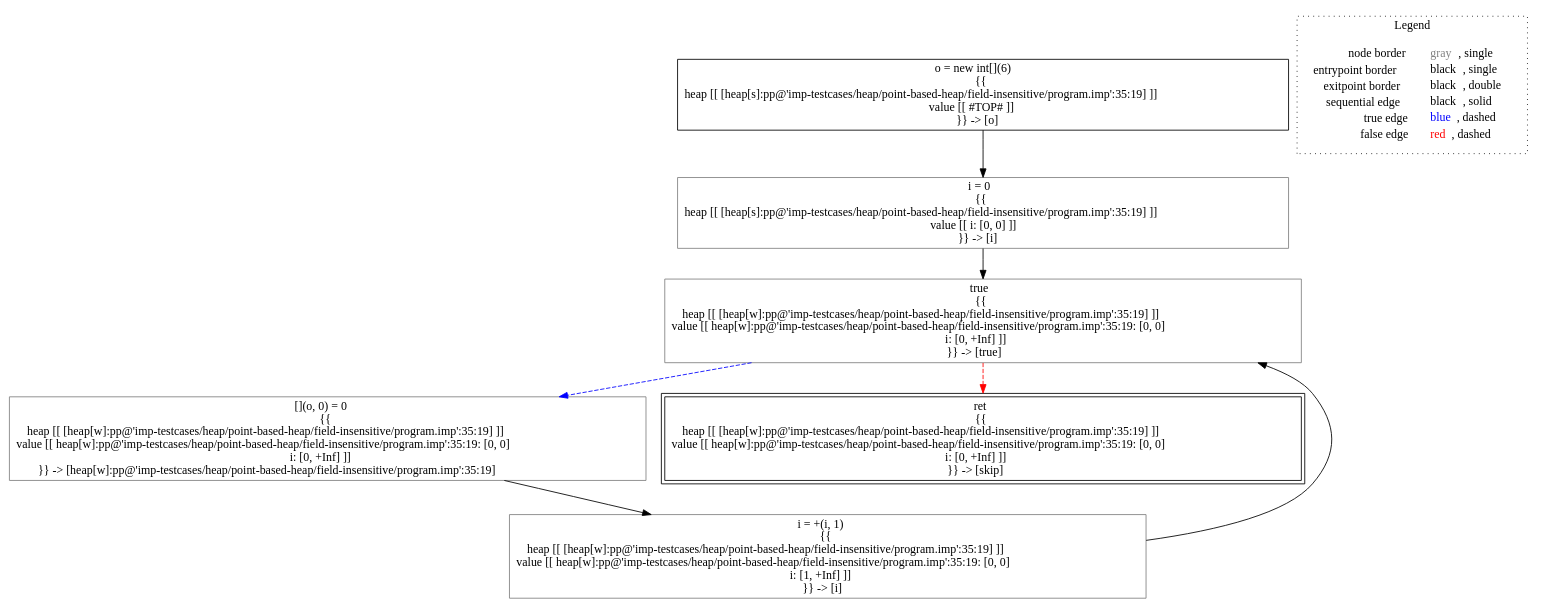
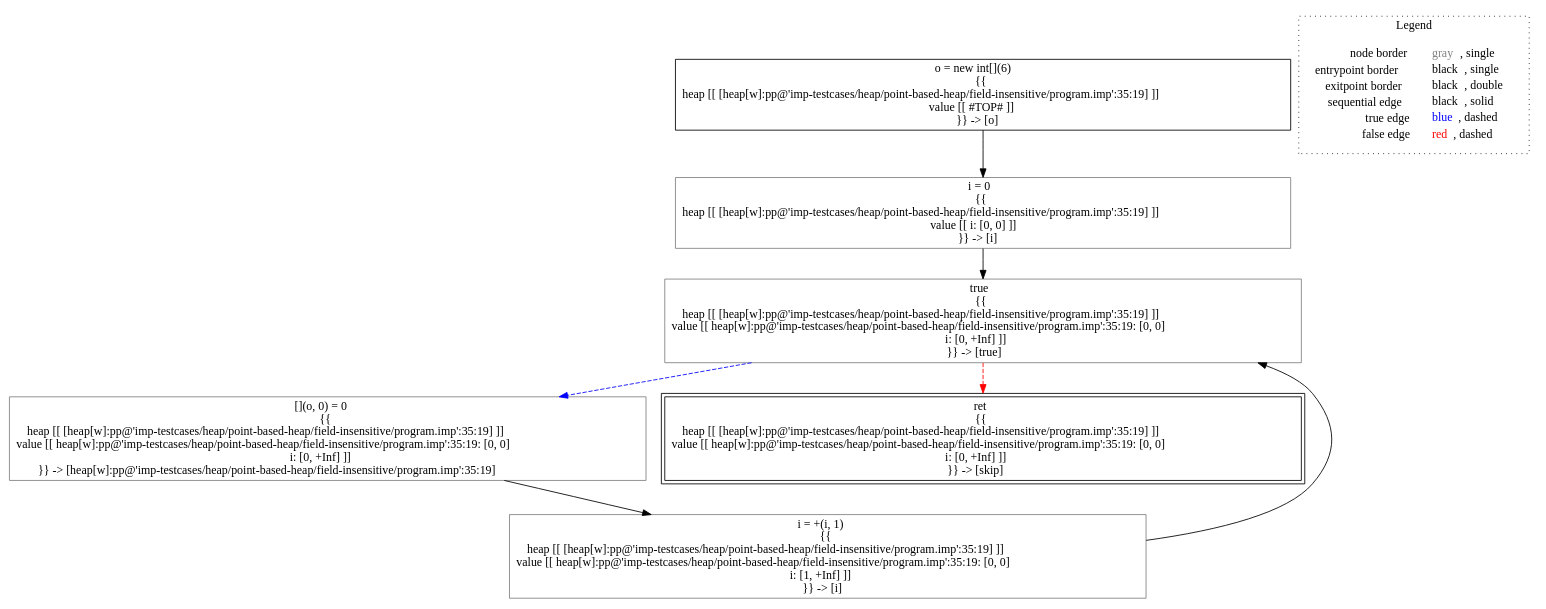
Before and after one commit to lisa-analyzer/lisa: the diagram in lisa/imp-testcases/heap/point-based-heap/field-insensitive/analysis___untyped_A.f4(A_this).dot, drawn with Graphviz. The commit also changed 8 other files, not shown here.

Commit message:
#95 completely removed substitutions from point based heap analyses

```diff
--- a/lisa/imp-testcases/heap/point-based-heap/field-insensitive/analysis___untyped_A.f4(A_this).dot
+++ b/lisa/imp-testcases/heap/point-based-heap/field-insensitive/analysis___untyped_A.f4(A_this).dot
@@ -1,21 +1,21 @@
 digraph {
-	"node0" [shape="rect",color="black",label=<o = new int[](6)<BR/>{{<BR/>heap [[ [heap[s]:pp@'imp-testcases/heap/point-based-heap/field-insensitive/program.imp':35:19] ]]<BR/>value [[ #TOP# ]]<BR/>}} -&gt; [o]>];
+	"node0" [shape="rect",color="black",label=<o = new int[](6)<BR/>{{<BR/>heap [[ [heap[w]:pp@'imp-testcases/heap/point-based-heap/field-insensitive/program.imp':35:19] ]]<BR/>value [[ #TOP# ]]<BR/>}} -&gt; [o]>];
 	"node1" [shape="rect",color="gray",label=<[](o, 0) = 0<BR/>{{<BR/>heap [[ [heap[w]:pp@'imp-testcases/heap/point-based-heap/field-insensitive/program.imp':35:19] ]]<BR/>value [[ heap[w]:pp@'imp-testcases/heap/point-based-heap/field-insensitive/program.imp':35:19: [0, 0]<BR/>i: [0, +Inf] ]]<BR/>}} -&gt; [heap[w]:pp@'imp-testcases/heap/point-based-heap/field-insensitive/program.imp':35:19]>];
-	"node2" [shape="rect",color="gray",label=<i = 0<BR/>{{<BR/>heap [[ [heap[s]:pp@'imp-testcases/heap/point-based-heap/field-insensitive/program.imp':35:19] ]]<BR/>value [[ i: [0, 0] ]]<BR/>}} -&gt; [i]>];
+	"node2" [shape="rect",color="gray",label=<i = 0<BR/>{{<BR/>heap [[ [heap[w]:pp@'imp-testcases/heap/point-based-heap/field-insensitive/program.imp':35:19] ]]<BR/>value [[ i: [0, 0] ]]<BR/>}} -&gt; [i]>];
 	"node3" [shape="rect",color="gray",label=<true<BR/>{{<BR/>heap [[ [heap[w]:pp@'imp-testcases/heap/point-based-heap/field-insensitive/program.imp':35:19] ]]<BR/>value [[ heap[w]:pp@'imp-testcases/heap/point-based-heap/field-insensitive/program.imp':35:19: [0, 0]<BR/>i: [0, +Inf] ]]<BR/>}} -&gt; [true]>];
-	"node4" [shape="rect",color="black",peripheries="2",label=<ret<BR/>{{<BR/>heap [[ [heap[w]:pp@'imp-testcases/heap/point-based-heap/field-insensitive/program.imp':35:19] ]]<BR/>value [[ heap[w]:pp@'imp-testcases/heap/point-based-heap/field-insensitive/program.imp':35:19: [0, 0]<BR/>i: [0, +Inf] ]]<BR/>}} -&gt; [skip]>];
-	"node5" [shape="rect",color="gray",label=<i = +(i, 1)<BR/>{{<BR/>heap [[ [heap[w]:pp@'imp-testcases/heap/point-based-heap/field-insensitive/program.imp':35:19] ]]<BR/>value [[ heap[w]:pp@'imp-testcases/heap/point-based-heap/field-insensitive/program.imp':35:19: [0, 0]<BR/>i: [1, +Inf] ]]<BR/>}} -&gt; [i]>];
-	"node1" -> "node5" [color="black"];
+	"node4" [shape="rect",color="gray",label=<i = +(i, 1)<BR/>{{<BR/>heap [[ [heap[w]:pp@'imp-testcases/heap/point-based-heap/field-insensitive/program.imp':35:19] ]]<BR/>value [[ heap[w]:pp@'imp-testcases/heap/point-based-heap/field-insensitive/program.imp':35:19: [0, 0]<BR/>i: [1, +Inf] ]]<BR/>}} -&gt; [i]>];
+	"node5" [shape="rect",color="black",peripheries="2",label=<ret<BR/>{{<BR/>heap [[ [heap[w]:pp@'imp-testcases/heap/point-based-heap/field-insensitive/program.imp':35:19] ]]<BR/>value [[ heap[w]:pp@'imp-testcases/heap/point-based-heap/field-insensitive/program.imp':35:19: [0, 0]<BR/>i: [0, +Inf] ]]<BR/>}} -&gt; [skip]>];
 	"node0" -> "node2" [color="black"];
+	"node1" -> "node4" [color="black"];
 	"node2" -> "node3" [color="black"];
 	"node3" -> "node1" [color="blue",style="dashed"];
-	"node3" -> "node4" [color="red",style="dashed"];
-	"node5" -> "node3" [color="black"];
+	"node3" -> "node5" [color="red",style="dashed"];
+	"node4" -> "node3" [color="black"];
 subgraph cluster_legend {
 	label="Legend";
 	style=dotted;
 	node [shape=plaintext];
 	"legend" [label=<<table border="0" cellpadding="2" cellspacing="0" cellborder="0"><tr><td align="right">node border&nbsp;</td><td align="left"><font color="gray">gray</font>, single</td></tr><tr><td align="right">entrypoint border&nbsp;</td><td align="left"><font color="black">black</font>, single</td></tr><tr><td align="right">exitpoint border&nbsp;</td><td align="left"><font color="black">black</font>, double</td></tr><tr><td align="right">sequential edge&nbsp;</td><td align="left"><font color="black">black</font>, solid</td></tr><tr><td align="right">true edge&nbsp;</td><td align="left"><font color="blue">blue</font>, dashed</td></tr><tr><td align="right">false edge&nbsp;</td><td align="left"><font color="red">red</font>, dashed</td></tr></table>>];
 }
 
 }
```
